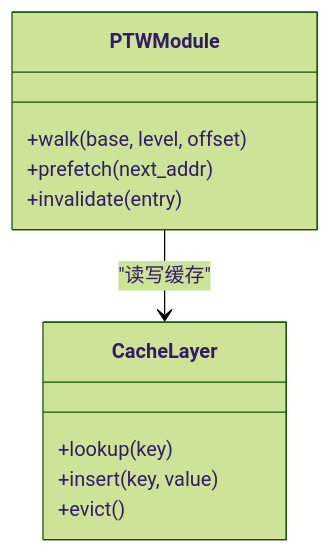
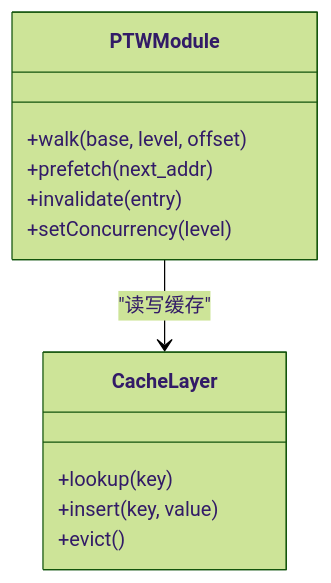
One commit to jiangjiang1122/iommu_model_20260401_v1 changed the fifth of 9 diagrams in .qoder/repowiki/zh/content/测试与验证/Scenario 8大页测试框架.md. Above: the diagram before and after it, drawn with Mermaid (forest theme). The commit also changed other lines of this file and 159 other files, not shown here.

Commit message:
chore: 更新知识库文档 + 新增PTW并发分析图表与数据文件

````diff
--- a/.qoder/repowiki/zh/content/测试与验证/Scenario 8大页测试框架.md
+++ b/.qoder/repowiki/zh/content/测试与验证/Scenario 8大页测试框架.md
@@ -233,14 +233,15 @@
 ```mermaid
 classDiagram
 class PTWModule {
 +walk(base, level, offset)
 +prefetch(next_addr)
 +invalidate(entry)
++setConcurrency(level)
 }
 class CacheLayer {
 +lookup(key)
 +insert(key, value)
 +evict()
 }
 PTWModule --> CacheLayer : "读写缓存"
 ```
````
